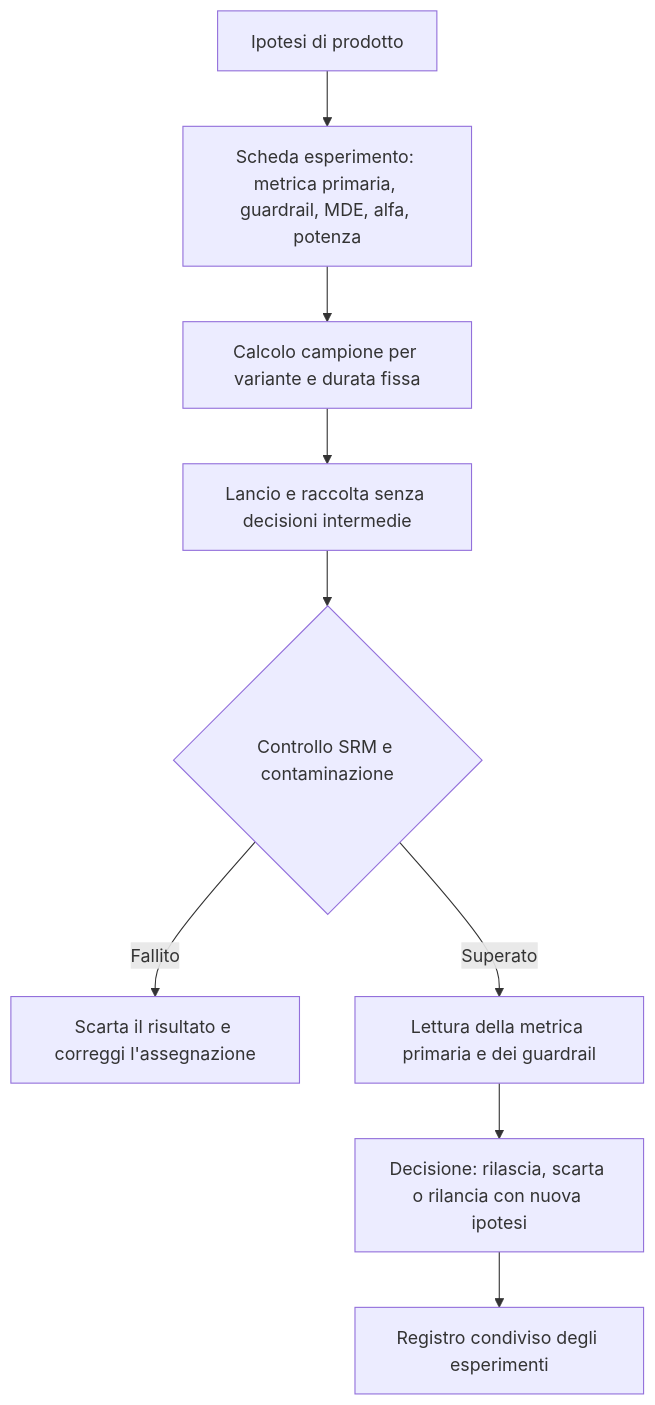
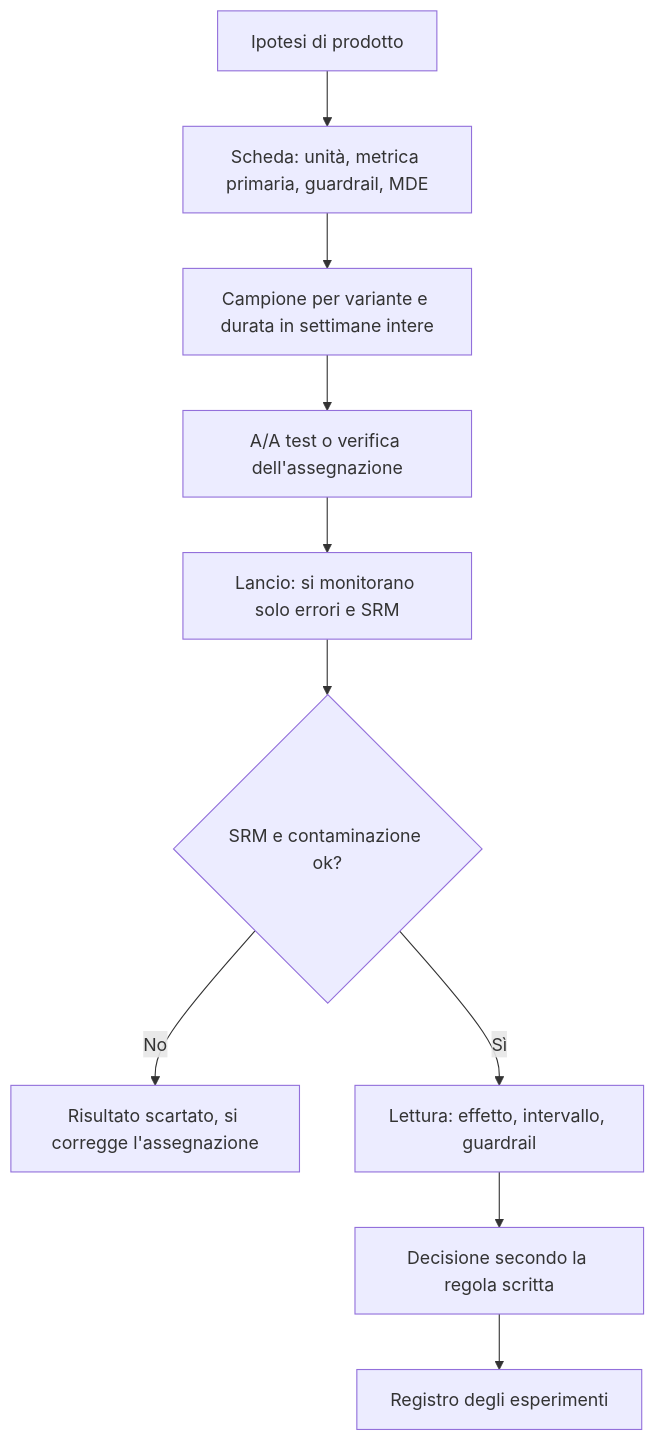
The diagram in src/content/corso/analisi-prodotto/ab-testing.mdx (AndreyBertasini/gynnitech), drawn with Mermaid before and after one commit. The commit also changed other lines of this file and 2 other files, not shown here.

Commit message:
Modulo 5: riscrive ab-testing e aggiunge esperimenti-avanzati e inferenza-causale-osservazionale

````diff
--- a/src/content/corso/analisi-prodotto/ab-testing.mdx
+++ b/src/content/corso/analisi-prodotto/ab-testing.mdx
@@ -37,11 +40,12 @@
 ```mermaid
 flowchart TD
-    A["Ipotesi di prodotto"] --> B["Scheda esperimento: metrica primaria, guardrail, MDE, alfa, potenza"]
-    B --> C["Calcolo campione per variante e durata fissa"]
-    C --> D["Lancio e raccolta senza decisioni intermedie"]
-    D --> E{"Controllo SRM e contaminazione"}
-    E -- "Fallito" --> F["Scarta il risultato e correggi l'assegnazione"]
-    E -- "Superato" --> G["Lettura della metrica primaria e dei guardrail"]
-    G --> H["Decisione: rilascia, scarta o rilancia con nuova ipotesi"]
-    H --> I["Registro condiviso degli esperimenti"]
+    A["Ipotesi di prodotto"] --> B["Scheda: unità, metrica primaria, guardrail, MDE"]
+    B --> C["Campione per variante e durata in settimane intere"]
+    C --> D["A/A test o verifica dell'assegnazione"]
+    D --> E["Lancio: si monitorano solo errori e SRM"]
+    E --> F{"SRM e contaminazione ok?"}
+    F -- "No" --> G["Risultato scartato, si corregge l'assegnazione"]
+    F -- "Sì" --> H["Lettura: effetto, intervallo, guardrail"]
+    H --> I["Decisione secondo la regola scritta"]
+    I --> J["Registro degli esperimenti"]
 ```
````
